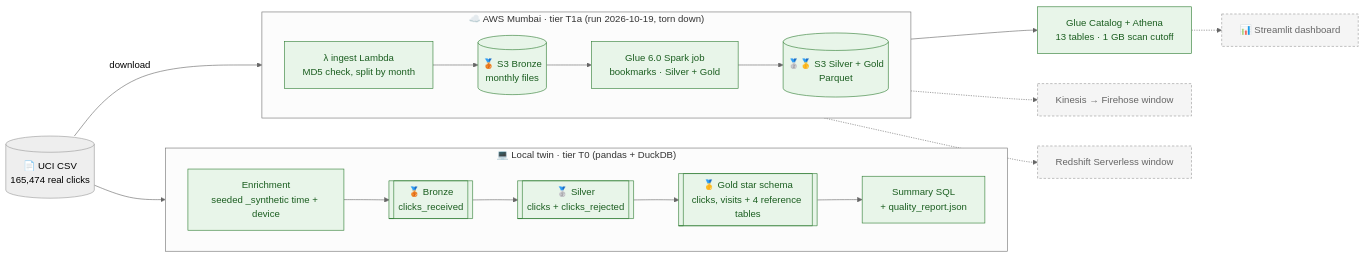
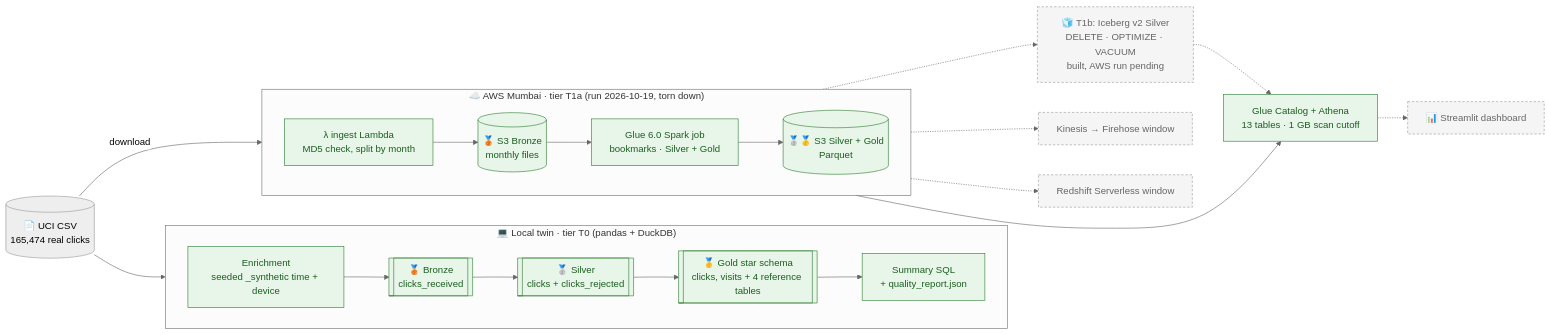
The diagram in README.md (deepan-mehta-analytics/aws-clickstream-analytics), drawn with Mermaid (neutral theme) before and after one commit. The commit also changed other lines of this file and 7 other files, not shown here.

````diff
--- a/README.md
+++ b/README.md
@@ -137,35 +147,37 @@
 ```mermaid
 flowchart LR
     CSV[("📄 UCI CSV<br/>165,474 real clicks")]
 
     subgraph T0["💻 Local twin · tier T0 (pandas + DuckDB)"]
         direction LR
         ENR["Enrichment<br/>seeded _synthetic time + device"]
         B0[["🥉 Bronze<br/>clicks_received"]]
         S0[["🥈 Silver<br/>clicks + clicks_rejected"]]
         G0[["🥇 Gold star schema<br/>clicks, visits + 4 reference tables"]]
         SUM["Summary SQL<br/>+ quality_report.json"]
         ENR --> B0 --> S0 --> G0 --> SUM
     end
 
     subgraph T1A["☁️ AWS Mumbai · tier T1a (run 2026-10-19, torn down)"]
         direction LR
         LAM["λ ingest Lambda<br/>MD5 check, split by month"]
         S3B[("🥉 S3 Bronze<br/>monthly files")]
         GLUE["Glue 6.0 Spark job<br/>bookmarks · Silver + Gold"]
         S3G[("🥈🥇 S3 Silver + Gold<br/>Parquet")]
         LAM --> S3B --> GLUE --> S3G
     end
 
     CSV --> ENR
     CSV -->|download| LAM
     S3G --> CAT["Glue Catalog + Athena<br/>13 tables · 1 GB scan cutoff"]
+    GLUE -.-> ICE["🧊 T1b: Iceberg v2 Silver<br/>DELETE · OPTIMIZE · VACUUM<br/>built, AWS run pending"]
+    ICE -.-> CAT
     CAT -.-> DASH["📊 Streamlit dashboard"]
     S3B -.-> STREAM["Kinesis → Firehose window"]
     S3G -.-> RS["Redshift Serverless window"]
 
     classDef done fill:#e8f5e9,stroke:#2e7d32,color:#1b5e20
     classDef planned fill:#f5f5f5,stroke:#999,stroke-dasharray:4 3,color:#666
     class ENR,B0,S0,G0,SUM,LAM,S3B,GLUE,S3G,CAT done
-    class DASH,STREAM,RS planned
+    class DASH,STREAM,RS,ICE planned
 ```
````
